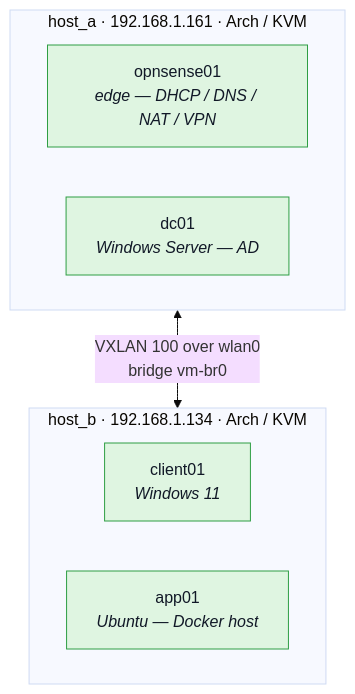
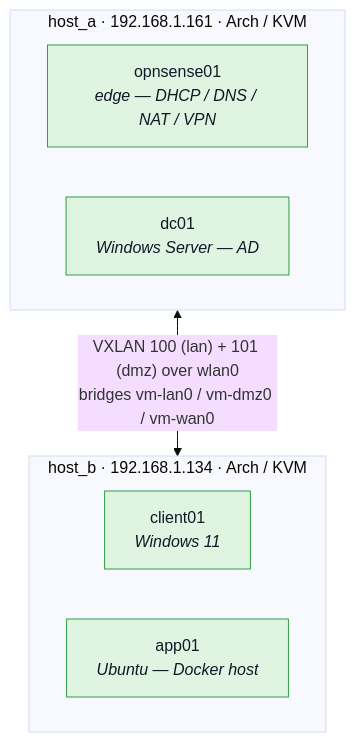
Before and after one commit to NiflheimDevs/clayface: the first of 2 diagrams in red-clay/Architecture/Infrastructure.md, drawn with Mermaid (base theme). The commit also changed 27 other files, not shown here.

````diff
--- a/red-clay/Architecture/Infrastructure.md
+++ b/red-clay/Architecture/Infrastructure.md
@@ -14,18 +14,18 @@
 ```mermaid
 flowchart TB
 
     subgraph HA["host_a · 192.168.1.161 · Arch / KVM"]
         OPN["opnsense01<br/><i>edge — DHCP / DNS / NAT / VPN</i>"]
         DC01["dc01<br/><i>Windows Server — AD</i>"]
     end
 
     subgraph HB["host_b · 192.168.1.134 · Arch / KVM"]
         CLIENT01["client01<br/><i>Windows 11</i>"]
         APP01["app01<br/><i>Ubuntu — Docker host</i>"]
     end
 
-    HA <-->|"VXLAN 100 over wlan0<br/>bridge vm-br0"| HB
+    HA <-->|"VXLAN 100 (lan) + 101 (dmz) over wlan0<br/>bridges vm-lan0 / vm-dmz0 / vm-wan0"| HB
 
     class OPN,DC01,CLIENT01,APP01 built
     classDef built fill:#dff5e1,stroke:#2f9e44,color:#111827
 ```
````
